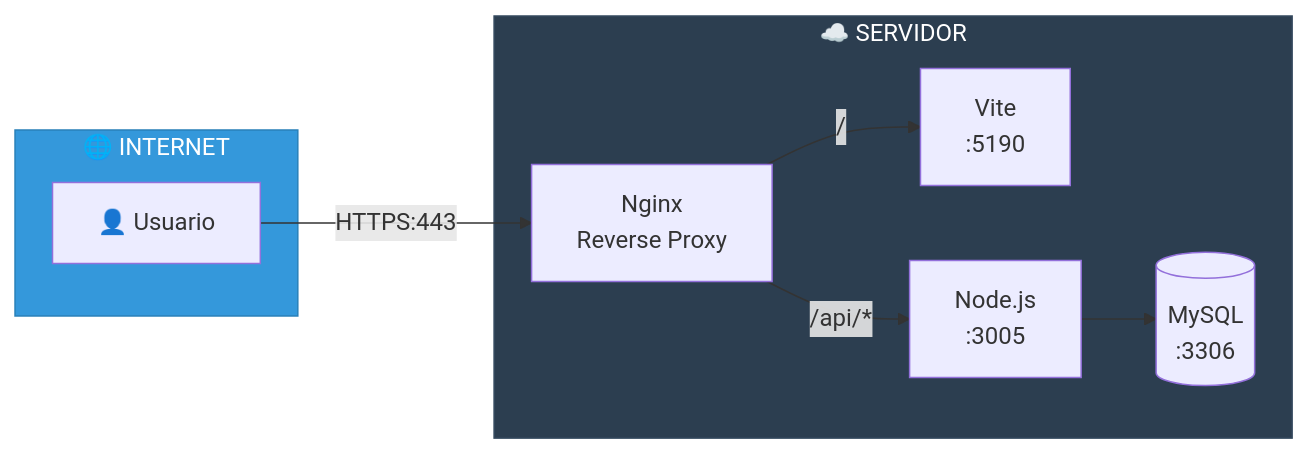
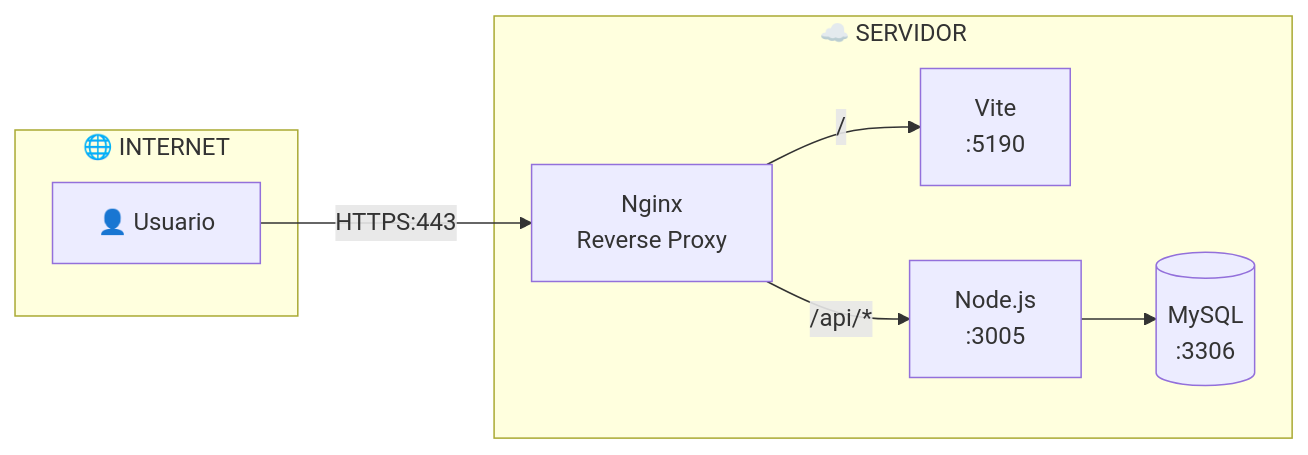
One commit to decagraff/LCService changed the second of 8 diagrams in docs/05-sistema/README.md. Above: the diagram before and after it, drawn with Mermaid. The commit also changed other lines of this file and 7 other files, not shown here.

````diff
--- a/docs/05-sistema/README.md
+++ b/docs/05-sistema/README.md
@@ -55,21 +52,19 @@
 ```mermaid
 flowchart LR
     subgraph internet["🌐 INTERNET"]
         USER["👤 Usuario"]
     end
 
     subgraph servidor["☁️ SERVIDOR"]
         NGINX["Nginx<br/>Reverse Proxy"]
         FE["Vite<br/>:5190"]
         BE["Node.js<br/>:3005"]
         DB[("MySQL<br/>:3306")]
     end
 
     USER -->|HTTPS:443| NGINX
     NGINX -->|/| FE
     NGINX -->|/api/*| BE
     BE --> DB
 
-    style internet fill:#3498db,stroke:#2980b9,color:#fff
-    style servidor fill:#2c3e50,stroke:#34495e,color:#fff
 ```
````
